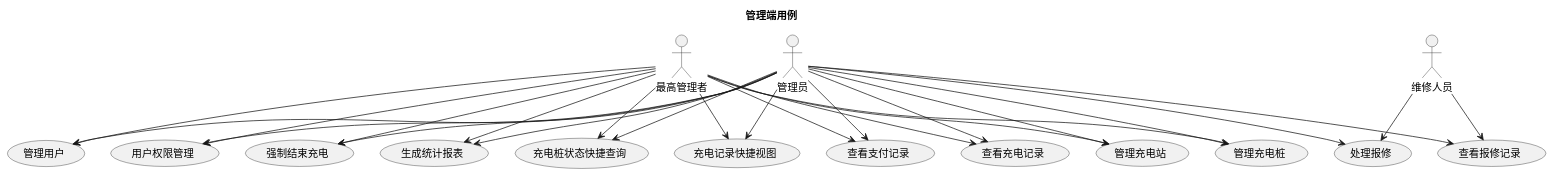
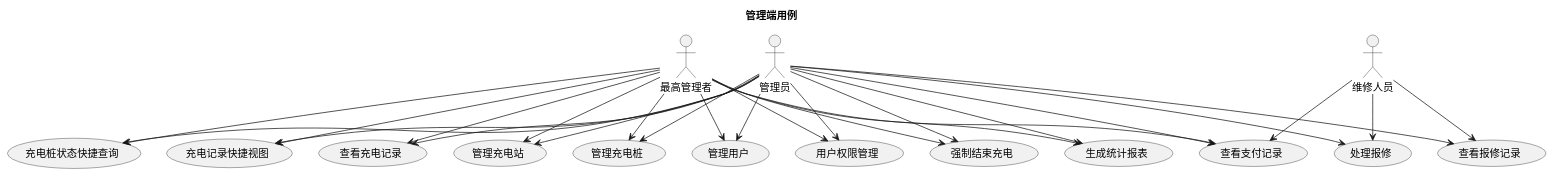
The diagram in usecase/docs/overview/src/admin_usecases.puml (greenhandzdl/charging-station-doc), drawn with PlantUML before and after one commit. The commit also changed 3 other files, not shown here.

First line of the commit message:
fix: 第三轮（最终）评估修复 — overall用例图补全A→QV/QC、admin_usecases补全M→VPR

```diff
--- a/usecase/docs/overview/src/admin_usecases.puml
+++ b/usecase/docs/overview/src/admin_usecases.puml
@@ -1,48 +1,49 @@
 @startuml
 skinparam defaultFontName "Noto Sans CJK SC"
 skinparam defaultFontSize 14
 title 管理端用例
 skinparam useCaseShape rectangle
 
 actor "管理员" as A
 actor "最高管理者" as SA
 actor "维修人员" as M
 
 usecase "管理充电站" as MS
 usecase "管理充电桩" as MC
 usecase "管理用户" as MU
 usecase "用户权限管理" as PM
 usecase "处理报修" as HR
 usecase "查看报修记录" as VR
 usecase "强制结束充电" as FSC
 usecase "生成统计报表" as GS
 usecase "充电桩状态快捷查询" as QC
 usecase "充电记录快捷视图" as QV
 usecase "查看支付记录" as VPR
 usecase "查看充电记录" as VCR
 
 A --> MS
 A --> MC
 A --> MU
 A --> PM
 A --> HR
 A --> VR
 A --> FSC
 A --> VPR
 A --> GS
 A --> QC
 A --> QV
 A --> VCR
 SA --> MS
 SA --> MC
 SA --> PM
 SA --> MU
 SA --> VPR
 SA --> GS
 SA --> FSC
 SA --> QC
 SA --> QV
 SA --> VCR
 M --> HR
 M --> VR
+M --> VPR
 @enduml
```
